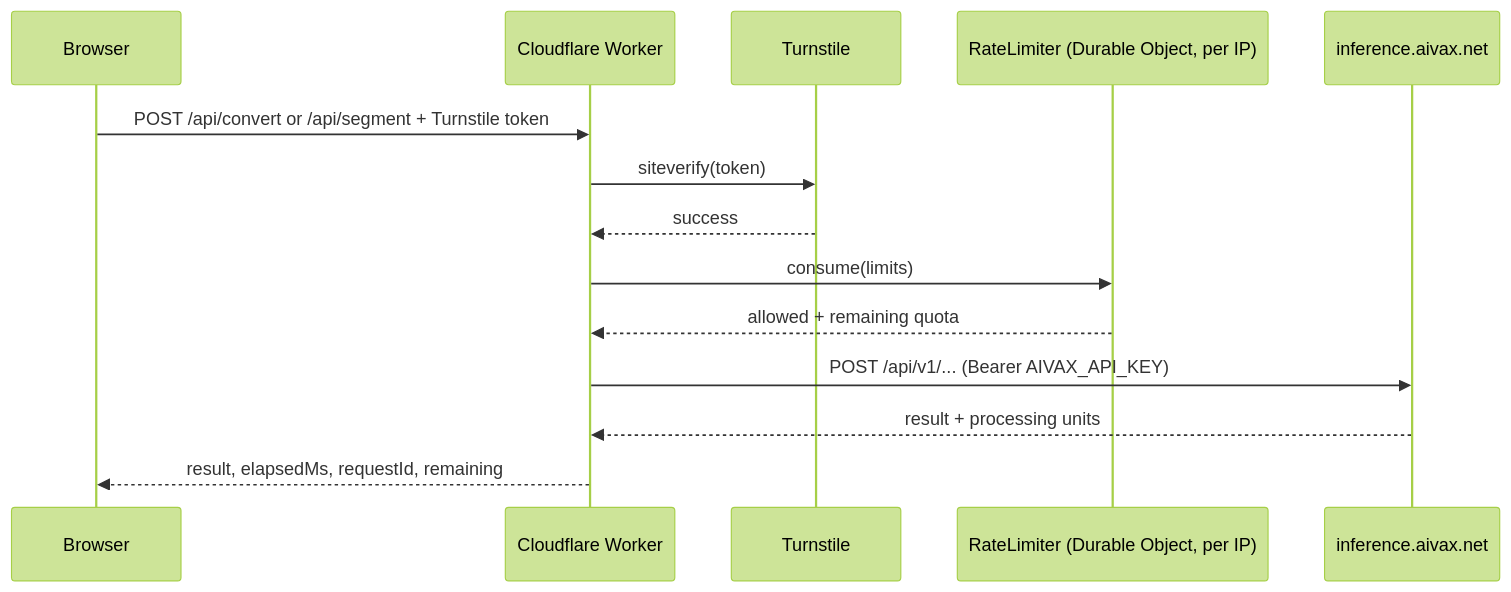
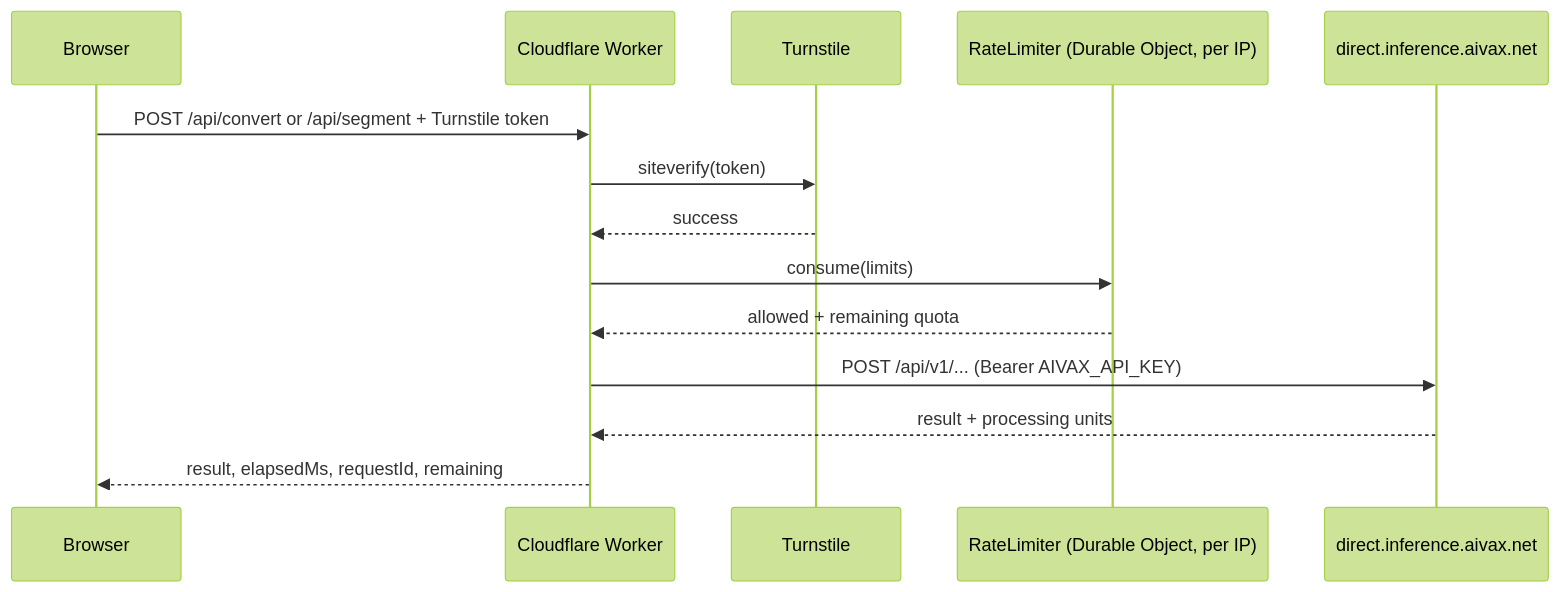
The diagram in README.md (aivaxlabs/toys), drawn with Mermaid (forest theme) before and after one commit. The commit also changed 3 other files, not shown here.

Commit message:
feat: use the direct long-inference host for AIVAX calls

````diff
--- a/README.md
+++ b/README.md
@@ -36,17 +36,17 @@
 ```mermaid
 sequenceDiagram
     participant B as Browser
     participant W as Cloudflare Worker
     participant T as Turnstile
     participant D as RateLimiter (Durable Object, per IP)
-    participant A as inference.aivax.net
+    participant A as direct.inference.aivax.net
 
     B->>W: POST /api/convert or /api/segment + Turnstile token
     W->>T: siteverify(token)
     T-->>W: success
     W->>D: consume(limits)
     D-->>W: allowed + remaining quota
     W->>A: POST /api/v1/... (Bearer AIVAX_API_KEY)
     A-->>W: result + processing units
     W-->>B: result, elapsedMs, requestId, remaining
 ```
````
